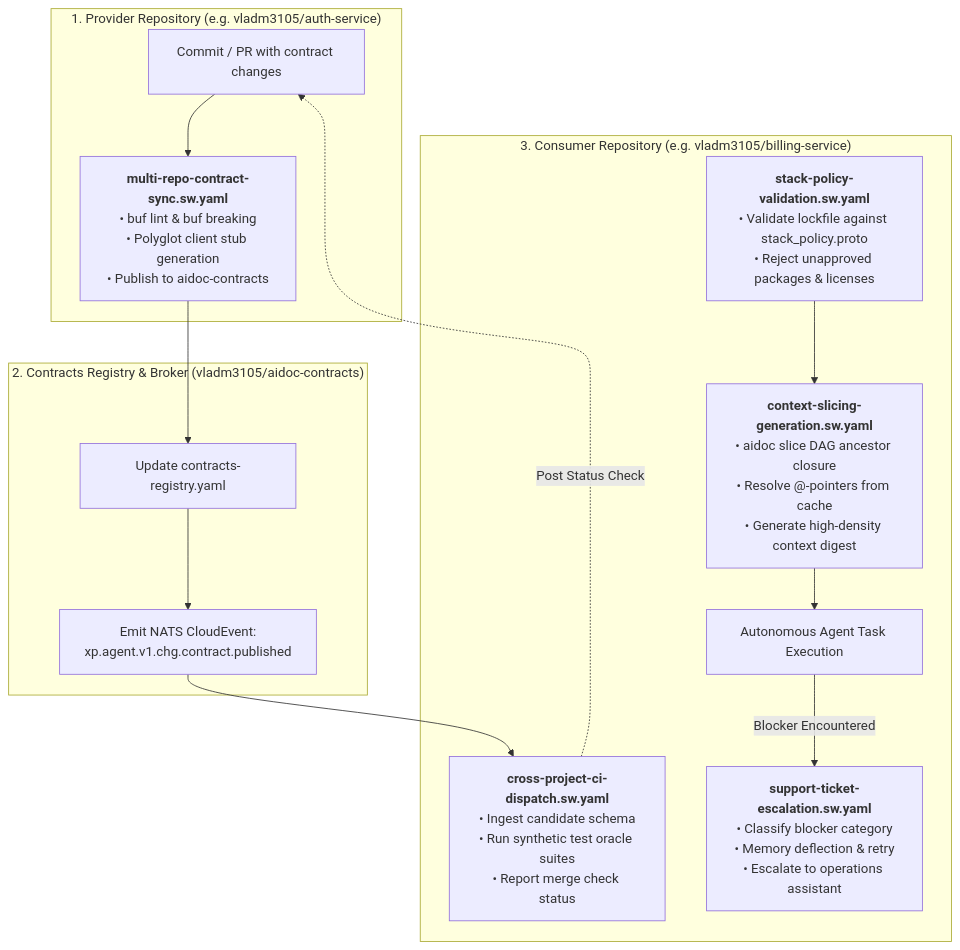
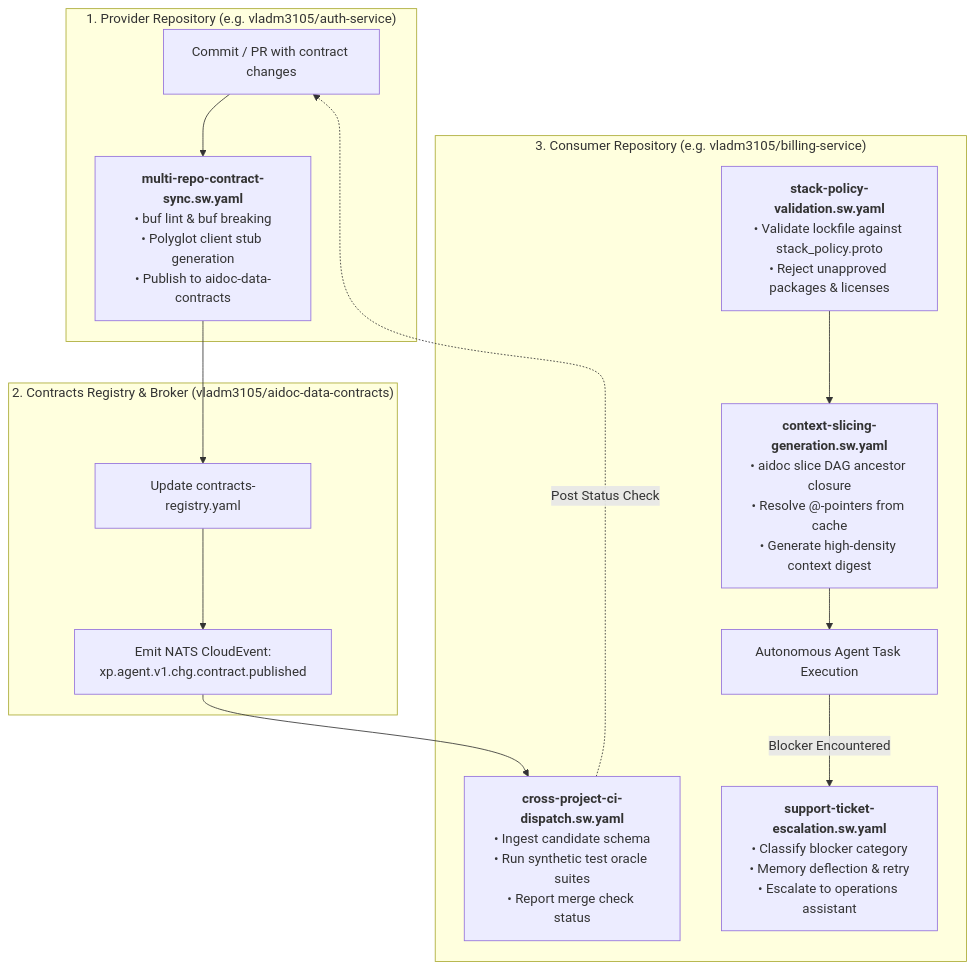
One commit to vladm3105/aidoc-flow-framework changed the third of 3 diagrams in framework/governance/MULTI_PROJECT_FEDERATED_STANDARD.md. Above: the diagram before and after it, drawn with Mermaid. The commit also changed other lines of this file and 1 other file, not shown here.

Commit message:
docs(governance): harmonize repo references to aidoc-data-contracts and aidoc-context-tools

````diff
--- a/framework/governance/MULTI_PROJECT_FEDERATED_STANDARD.md
+++ b/framework/governance/MULTI_PROJECT_FEDERATED_STANDARD.md
@@ -608,28 +608,28 @@
 ```mermaid
 graph TD
     subgraph ProviderRepo["1. Provider Repository (e.g. vladm3105/auth-service)"]
         P1["Commit / PR with contract changes"]
-        WF1["<b>multi-repo-contract-sync.sw.yaml</b><br/>• buf lint & buf breaking<br/>• Polyglot client stub generation<br/>• Publish to aidoc-contracts"]
+        WF1["<b>multi-repo-contract-sync.sw.yaml</b><br/>• buf lint & buf breaking<br/>• Polyglot client stub generation<br/>• Publish to aidoc-data-contracts"]
         P1 --> WF1
     end
 
-    subgraph HubRegistry["2. Contracts Registry & Broker (vladm3105/aidoc-contracts)"]
+    subgraph HubRegistry["2. Contracts Registry & Broker (vladm3105/aidoc-data-contracts)"]
         H1["Update contracts-registry.yaml"]
         H2["Emit NATS CloudEvent:<br/>xp.agent.v1.chg.contract.published"]
         WF1 --> H1 --> H2
     end
 
     subgraph ConsumerRepo["3. Consumer Repository (e.g. vladm3105/billing-service)"]
         WF2["<b>cross-project-ci-dispatch.sw.yaml</b><br/>• Ingest candidate schema<br/>• Run synthetic test oracle suites<br/>• Report merge check status"]
         H2 --> WF2
         WF2 -.->|"Post Status Check"| P1
 
         WF4["<b>stack-policy-validation.sw.yaml</b><br/>• Validate lockfile against stack_policy.proto<br/>• Reject unapproved packages & licenses"]
         WF3["<b>context-slicing-generation.sw.yaml</b><br/>• aidoc slice DAG ancestor closure<br/>• Resolve @-pointers from cache<br/>• Generate high-density context digest"]
         WF5["<b>support-ticket-escalation.sw.yaml</b><br/>• Classify blocker category<br/>• Memory deflection & retry<br/>• Escalate to operations assistant"]
 
         WF4 --> WF3
         WF3 --> Agent["Autonomous Agent Task Execution"]
         Agent -->|Blocker Encountered| WF5
     end
 ```
````
